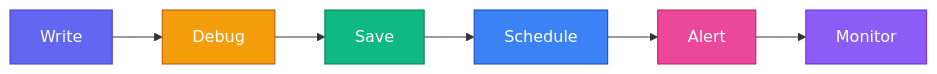
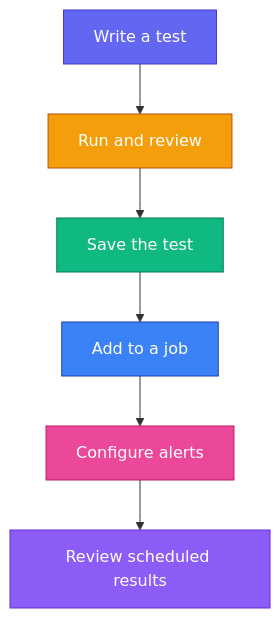
One commit to supercheck-io/supercheck changed the diagram in docs/content/docs/app/automate/index.mdx. Above: the diagram before and after it, drawn with Mermaid. The commit also changed other lines of this file and 36 other files, not shown here.

````diff
--- a/docs/content/docs/app/automate/index.mdx
+++ b/docs/content/docs/app/automate/index.mdx
@@ -117,11 +111,11 @@
 ```mermaid
-flowchart LR
-    A[Write] --> B[Debug] --> C[Save] --> D[Schedule] --> E[Alert] --> F[Monitor]
+flowchart TB
+    A[Write a test] --> B[Run and review] --> C[Save the test] --> D[Add to a job] --> E[Configure alerts] --> F[Review scheduled results]
 
     style A fill:#6366f1,stroke:#4338ca,color:#fff
     style B fill:#f59e0b,stroke:#b45309,color:#fff
     style C fill:#10b981,stroke:#047857,color:#fff
     style D fill:#3b82f6,stroke:#1e40af,color:#fff
     style E fill:#ec4899,stroke:#be185d,color:#fff
     style F fill:#8b5cf6,stroke:#6d28d9,color:#fff
 ```
````
